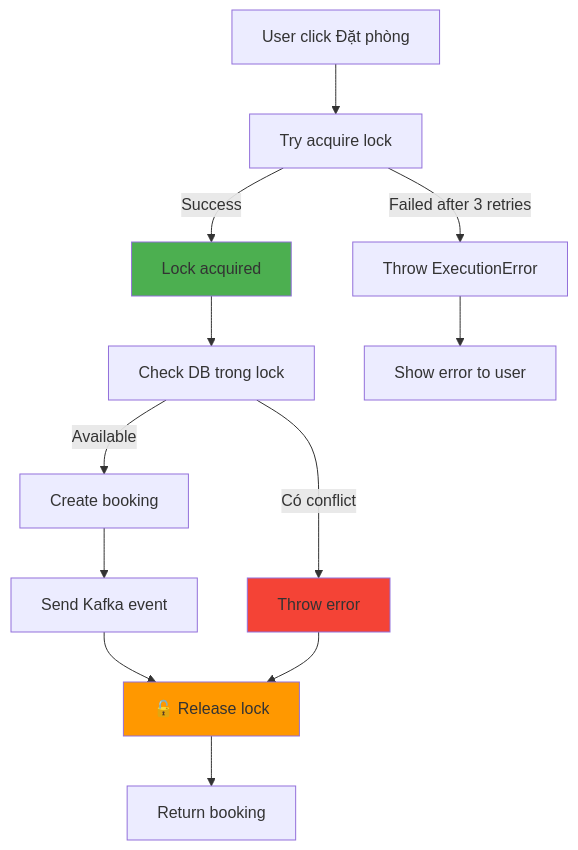
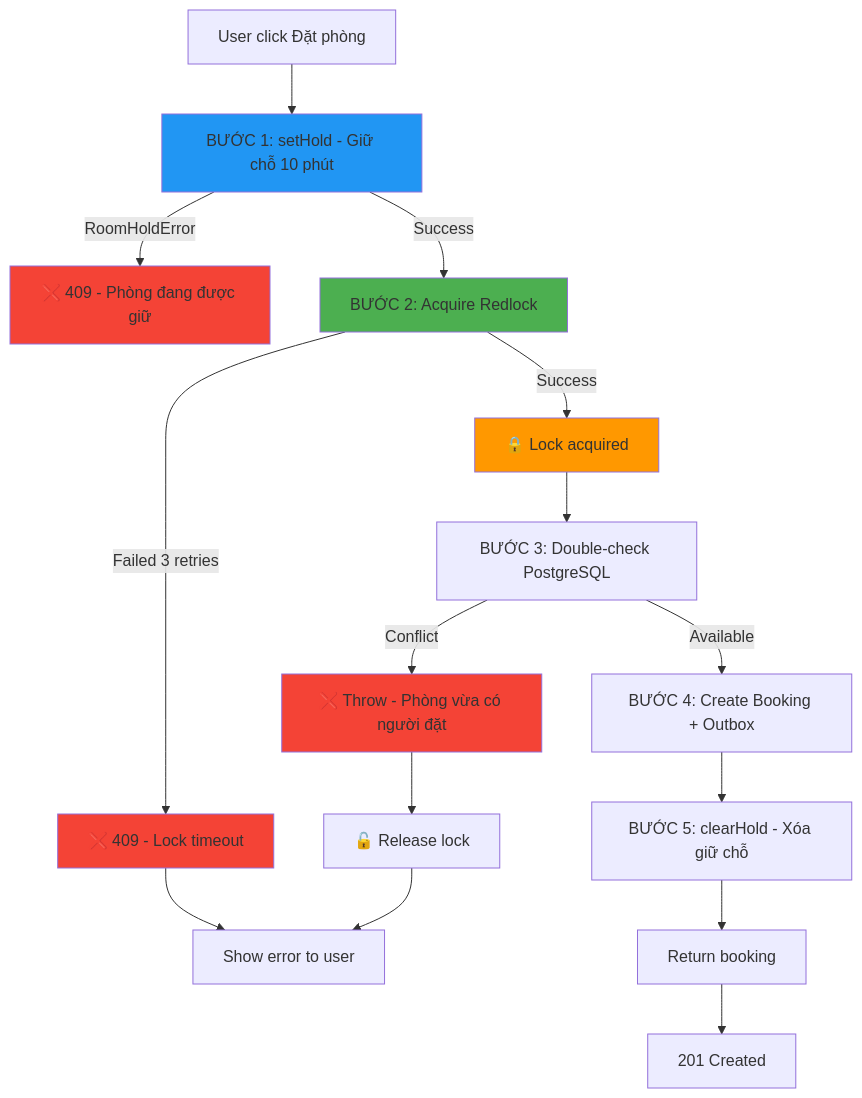
Before and after one commit to khadonnn/stazy_travel: the first of 4 diagrams in infomation_md/REDIS_LOCK_OVERBOOKING.md, drawn with Mermaid. The commit also changed other lines of this file and 5 other files, not shown here.

````diff
--- a/infomation_md/REDIS_LOCK_OVERBOOKING.md
+++ b/infomation_md/REDIS_LOCK_OVERBOOKING.md
@@ -221,21 +326,28 @@
 ```mermaid
 graph TD
-    A[User click Đặt phòng] --> B[Try acquire lock]
-    B -->|Success| C[ Lock acquired]
-    B -->|Failed after 3 retries| D[Throw ExecutionError]
+    A[User click Đặt phòng] --> B[ BƯỚC 1: setHold - Giữ chỗ 10 phút]
+    B -->|RoomHoldError| Z1[❌ 409 - Phòng đang được giữ]
+    B -->|Success| C[ BƯỚC 2: Acquire Redlock]
 
-    C --> E[Check DB trong lock]
-    E -->|Có conflict| F[Throw error]
-    E -->|Available| G[Create booking]
+    C -->|Failed 3 retries| Z2[❌ 409 - Lock timeout]
+    C -->|Success| D[🔒 Lock acquired]
 
-    G --> H[Send Kafka event]
-    H --> I[🔓 Release lock]
+    D --> E[ BƯỚC 3: Double-check PostgreSQL]
+    E -->|Conflict| F[❌ Throw - Phòng vừa có người đặt]
+    E -->|Available| G[ BƯỚC 4: Create Booking + Outbox]
 
-    F --> I
-    D --> J[Show error to user]
-    I --> K[Return booking]
+    G --> H[ BƯỚC 5: clearHold - Xóa giữ chỗ]
+    H --> I[ Return booking]
 
+    F --> J[🔓 Release lock]
+    Z2 --> K[Show error to user]
+    I --> L[201 Created]
+    J --> K
+
+    style B fill:#2196F3
     style C fill:#4CAF50
-    style I fill:#FF9800
+    style D fill:#FF9800
     style F fill:#f44336
+    style Z1 fill:#f44336
+    style Z2 fill:#f44336
 ```
````
